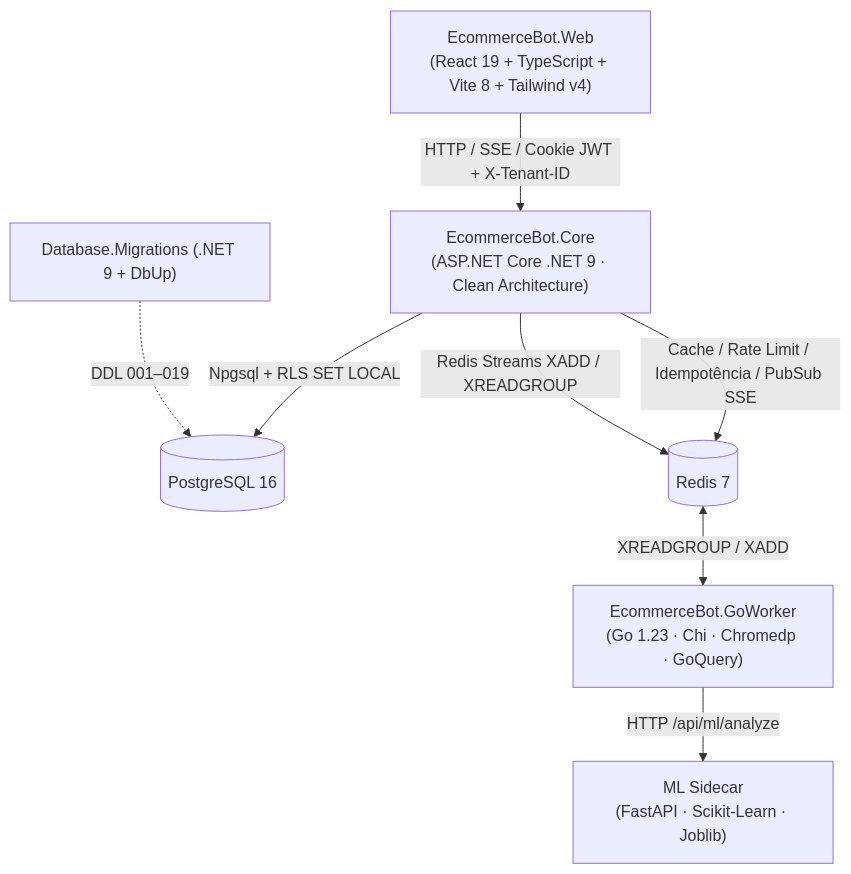
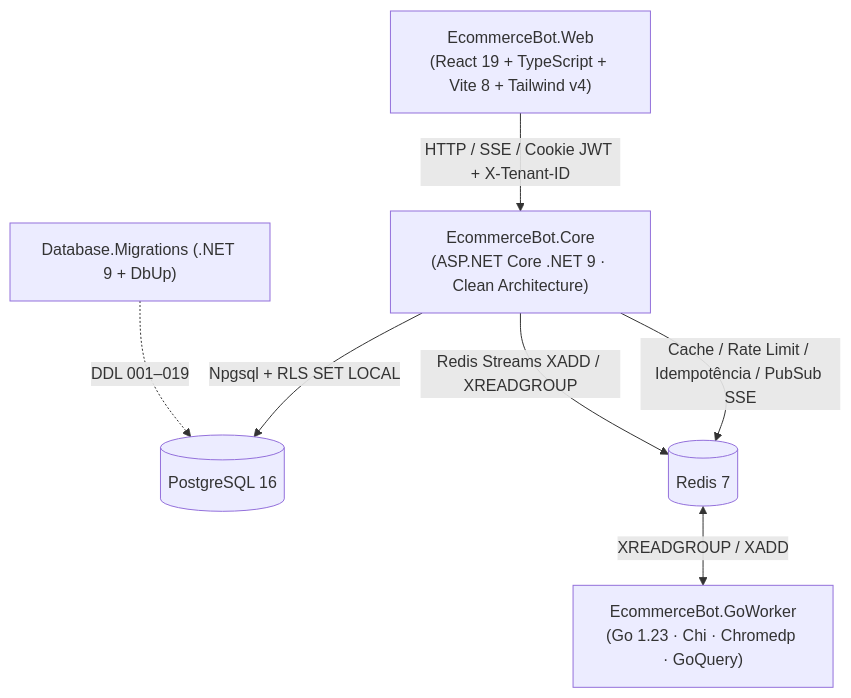
One commit to gregrymqt/ecomerce-bot changed the diagram in docs/architecture.md. Above: the diagram before and after it, drawn with Mermaid. The commit also changed other lines of this file and 48 other files, not shown here.

````diff
--- a/docs/architecture.md
+++ b/docs/architecture.md
@@ -11,10 +11,9 @@
 ```mermaid
 flowchart TD
     SPA["EcommerceBot.Web<br/>(React 19 + TypeScript + Vite 8 + Tailwind v4)"] -->|HTTP / SSE / Cookie JWT + X-Tenant-ID| API["EcommerceBot.Core<br/>(ASP.NET Core .NET 9 · Clean Architecture)"]
     API -->|Npgsql + RLS SET LOCAL| Postgres[("PostgreSQL 16")]
     API -->|Cache / Rate Limit / Idempotência / PubSub SSE| Redis[("Redis 7")]
     API -->|Redis Streams XADD / XREADGROUP| Redis
     Redis <-->|XREADGROUP / XADD| GoWorker["EcommerceBot.GoWorker<br/>(Go 1.23 · Chi · Chromedp · GoQuery)"]
-    GoWorker -->|HTTP /api/ml/analyze| MLSidecar["ML Sidecar<br/>(FastAPI · Scikit-Learn · Joblib)"]
     Migrations["Database.Migrations (.NET 9 + DbUp)"] -.->|DDL 001–019| Postgres
 ```
````
